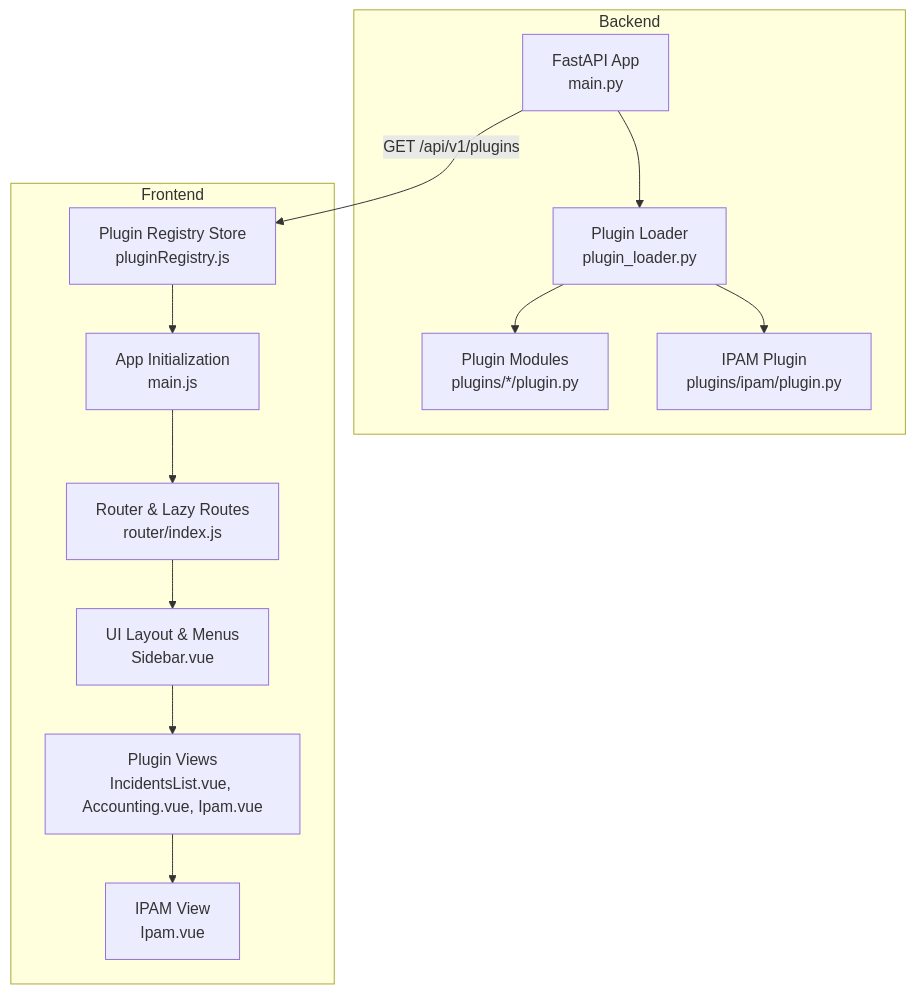
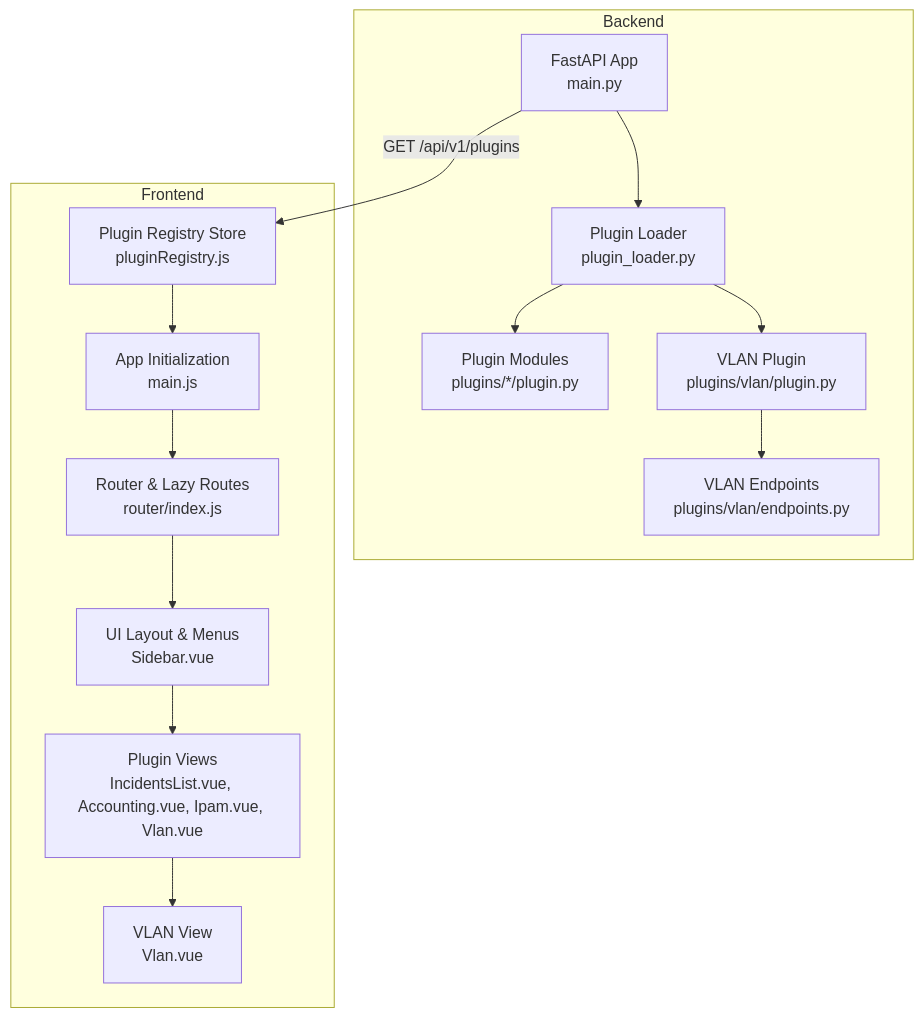
Before and after one commit to Nikita5543/New-SSO-02: the first of 11 diagrams in .qoder/repowiki/en/content/Plugin System Architecture/Frontend Plugin Integration.md, drawn with Mermaid. The commit also changed other lines of this file and 4 other files, not shown here.

````diff
--- a/.qoder/repowiki/en/content/Plugin System Architecture/Frontend Plugin Integration.md
+++ b/.qoder/repowiki/en/content/Plugin System Architecture/Frontend Plugin Integration.md
@@ -54,26 +58,28 @@
 ```mermaid
 graph TB
 subgraph "Backend"
 A["FastAPI App<br/>main.py"]
 B["Plugin Loader<br/>plugin_loader.py"]
 C["Plugin Modules<br/>plugins/*/plugin.py"]
-D["IPAM Plugin<br/>plugins/ipam/plugin.py"]
+D["VLAN Plugin<br/>plugins/vlan/plugin.py"]
+E["VLAN Endpoints<br/>plugins/vlan/endpoints.py"]
 end
 subgraph "Frontend"
-E["Plugin Registry Store<br/>pluginRegistry.js"]
-F["App Initialization<br/>main.js"]
-G["Router & Lazy Routes<br/>router/index.js"]
-H["UI Layout & Menus<br/>Sidebar.vue"]
-I["Plugin Views<br/>IncidentsList.vue, Accounting.vue, Ipam.vue"]
-J["IPAM View<br/>Ipam.vue"]
+F["Plugin Registry Store<br/>pluginRegistry.js"]
+G["App Initialization<br/>main.js"]
+H["Router & Lazy Routes<br/>router/index.js"]
+I["UI Layout & Menus<br/>Sidebar.vue"]
+J["Plugin Views<br/>IncidentsList.vue, Accounting.vue, Ipam.vue, Vlan.vue"]
+K["VLAN View<br/>Vlan.vue"]
 end
 A --> B
 B --> C
 B --> D
-A --> |"GET /api/v1/plugins"| E
-E --> F
+D --> E
+A --> |"GET /api/v1/plugins"| F
 F --> G
 G --> H
 H --> I
 I --> J
+J --> K
 ```
````
